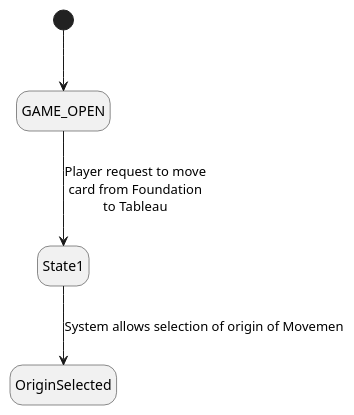
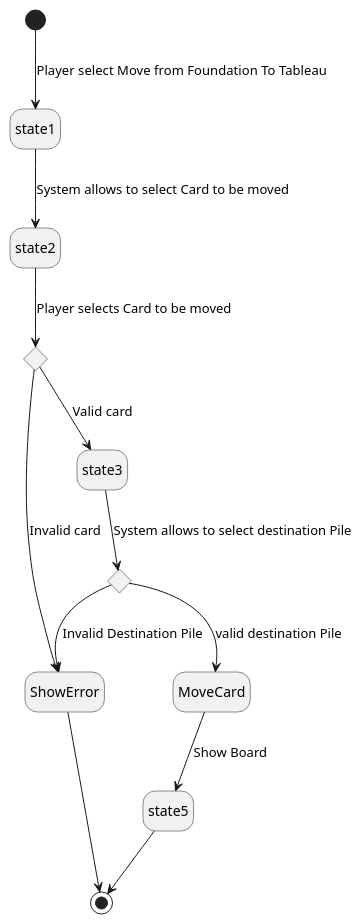
One commit to Troteaga/klondike changed the diagram in docs/Diagrams/UseCases/MoveFromFoundationToTableau.plantuml. Above: the diagram before and after it, drawn with PlantUML. The commit also changed 2 other files, not shown here.

```diff
--- a/docs/Diagrams/UseCases/MoveFromFoundationToTableau.plantuml
+++ b/docs/Diagrams/UseCases/MoveFromFoundationToTableau.plantuml
@@ -1,8 +1,20 @@
 @startuml UC_MoveFromFoundationToTableau
 
 hide empty description
-[*] --> GAME_OPEN
-GAME_OPEN --> State1 : Player request to move\ncard from Foundation\nto Tableau
-State1 --> OriginSelected : System allows selection of origin of Movemen
+
+state c <<choice>>
+state d <<choice>>
+
+[*] --> state1 : Player select Move from Foundation To Tableau
+state1 --> state2 : System allows to select Card to be moved
+state2 --> c : Player selects Card to be moved
+c --> ShowError : Invalid card
+c --> state3 : Valid card
+state3 --> d : System allows to select destination Pile
+d --> ShowError : Invalid Destination Pile
+ShowError --> [*]
+d --> MoveCard : valid destination Pile
+MoveCard --> state5 : Show Board
+state5 --> [*]
 
 @enduml
```
